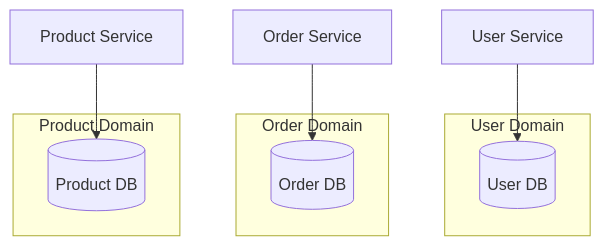
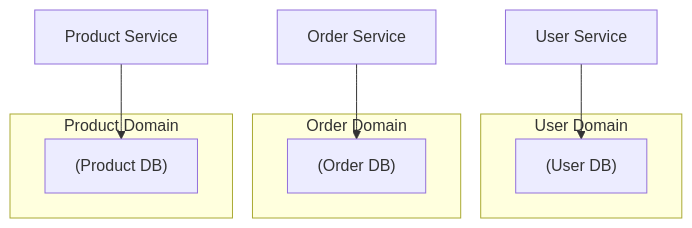
Before and after one commit to vanos001/placement_prep: the eighth of 9 diagrams in src/interview/system-design/hld/database-design.md, drawn with Mermaid. The commit also changed other lines of this file and 19 other files, not shown here.

First line of the commit message:
fix(mermaid,links): repair regressions after merging dev into dev2

````diff
--- a/src/interview/system-design/hld/database-design.md
+++ b/src/interview/system-design/hld/database-design.md
@@ -384,15 +384,15 @@
 ```mermaid
 graph TD
     subgraph "User Domain"
-        UDB[(User DB)]
+        UDB["(User DB)"]
     end
     subgraph "Order Domain"
-        ODB[(Order DB)]
+        ODB["(Order DB)"]
     end
     subgraph "Product Domain"
-        PDB[(Product DB)]
+        PDB["(Product DB)"]
     end
     US[User Service] --> UDB
     OS[Order Service] --> ODB
     PS[Product Service] --> PDB
 ```
````
